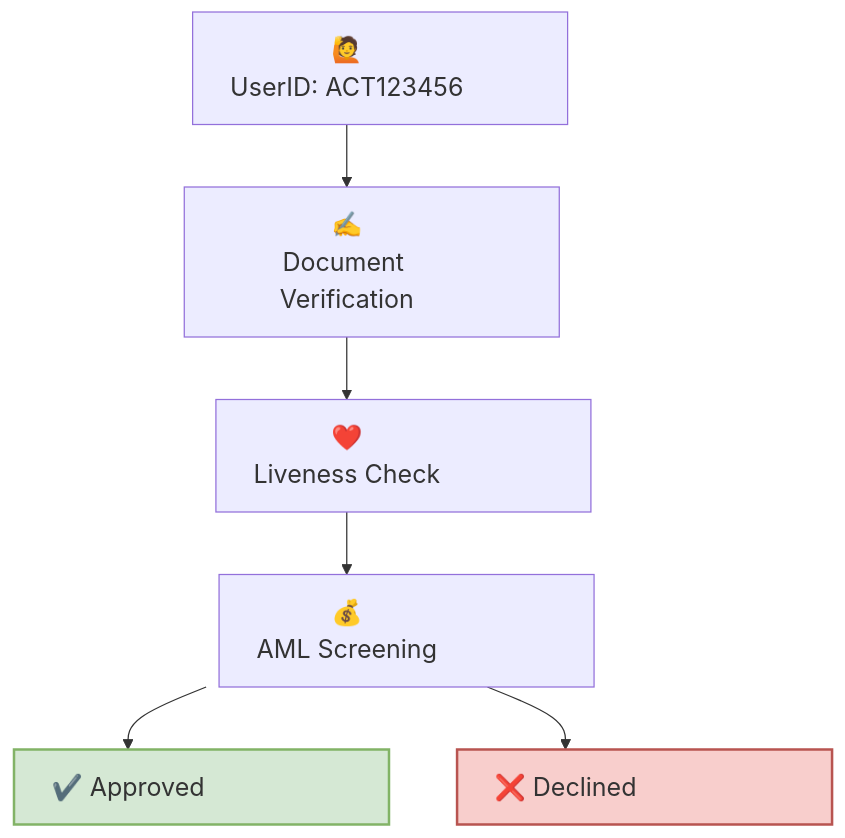
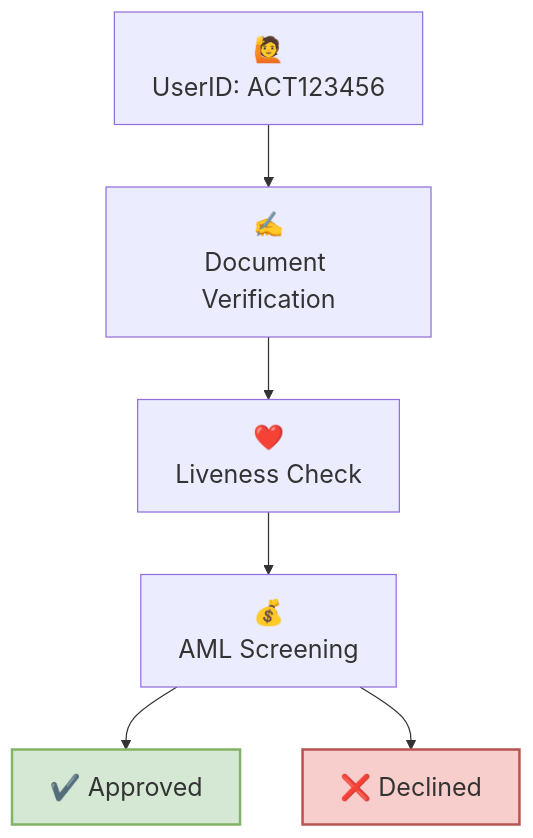
One commit to Fantastic-Devs/Mintlify changed the diagram in id/id.mdx. Above: the diagram before and after it, drawn with Mermaid.

````diff
--- a/id/id.mdx
+++ b/id/id.mdx
@@ -17,28 +17,28 @@
 ```mermaid
 
 graph TB;
     A["🙋<br />UserID: ACT123456"]
     B["✍<br />Document Verification"];
     C["❤️<br />Liveness Check"];
     D["💰<br />AML Screening"];
     E["✔️ Approved"];
     F["❌ Declined"];
 
     A --> B;
     B --> C;
     C --> D;
     D --> E;
     D --> F;
     %% Classes
-    classDef largeText font-size:20px, width:300px, text-align:center;
+    classDef largeText font-size:20px;
     class A largeText;
     class B largeText;
     class C largeText;
     class D largeText;
     class E largeText;
     class F largeText;
  
     style E fill:#d5e8d4,stroke:#82b366,stroke-width:2px;
     style F fill:#f8cecc,stroke:#b85450,stroke-width:2px;
 
 ```
````
